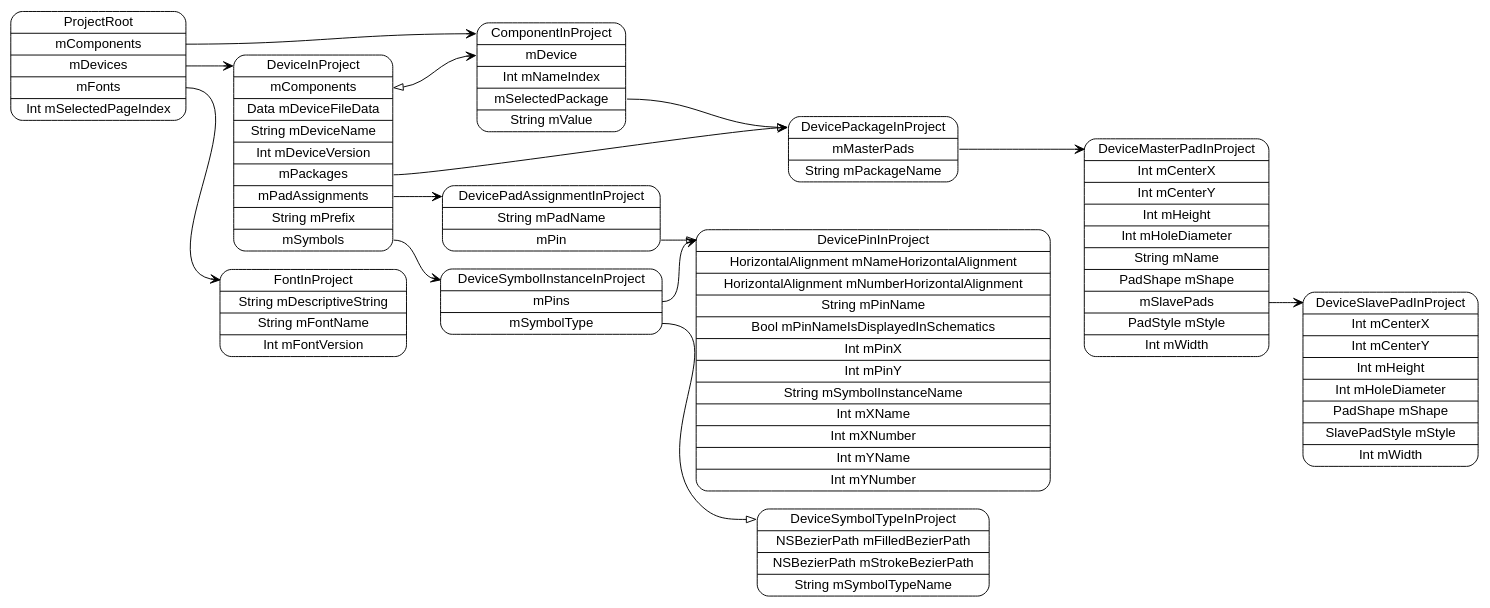
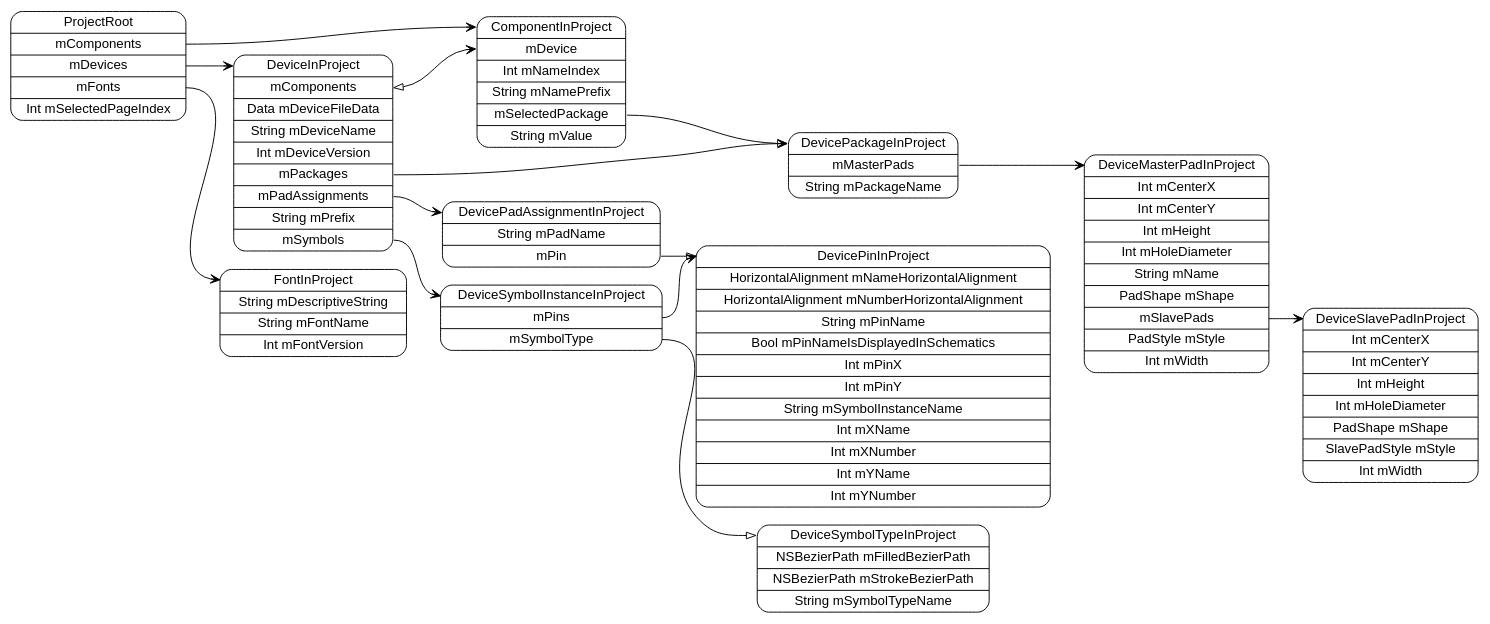
One commit to pierremolinaro/ElCanari-dev changed the diagram in models/ProjectRoot.dot. Above: the diagram before and after it, drawn with Graphviz. The commit also changed 24 other files, not shown here.

Commit message:
Renaming component in project

```diff
--- a/models/ProjectRoot.dot
+++ b/models/ProjectRoot.dot
@@ -1,28 +1,28 @@
 digraph G {
   rankdir=LR ;
   node [shape=record fontname=helvetica style=rounded] ;
   ProjectRoot[label="<ProjectRoot>ProjectRoot|<mComponents>mComponents|<mDevices>mDevices|<mFonts>mFonts|Int mSelectedPageIndex"] ;
   FontInProject[label="<FontInProject>FontInProject|String mDescriptiveString|String mFontName|Int mFontVersion"] ;
   DeviceInProject[label="<DeviceInProject>DeviceInProject|<mComponents>mComponents|Data mDeviceFileData|String mDeviceName|Int mDeviceVersion|<mPackages>mPackages|<mPadAssignments>mPadAssignments|String mPrefix|<mSymbols>mSymbols"] ;
   DeviceSymbolInstanceInProject[label="<DeviceSymbolInstanceInProject>DeviceSymbolInstanceInProject|<mPins>mPins|<mSymbolType>mSymbolType"] ;
   DeviceSymbolTypeInProject[label="<DeviceSymbolTypeInProject>DeviceSymbolTypeInProject|NSBezierPath mFilledBezierPath|NSBezierPath mStrokeBezierPath|String mSymbolTypeName"] ;
   DevicePinInProject[label="<DevicePinInProject>DevicePinInProject|HorizontalAlignment mNameHorizontalAlignment|HorizontalAlignment mNumberHorizontalAlignment|String mPinName|Bool mPinNameIsDisplayedInSchematics|Int mPinX|Int mPinY|String mSymbolInstanceName|Int mXName|Int mXNumber|Int mYName|Int mYNumber"] ;
   DevicePadAssignmentInProject[label="<DevicePadAssignmentInProject>DevicePadAssignmentInProject|String mPadName|<mPin>mPin"] ;
   DevicePackageInProject[label="<DevicePackageInProject>DevicePackageInProject|<mMasterPads>mMasterPads|String mPackageName"] ;
   DeviceMasterPadInProject[label="<DeviceMasterPadInProject>DeviceMasterPadInProject|Int mCenterX|Int mCenterY|Int mHeight|Int mHoleDiameter|String mName|PadShape mShape|<mSlavePads>mSlavePads|PadStyle mStyle|Int mWidth"] ;
   DeviceSlavePadInProject[label="<DeviceSlavePadInProject>DeviceSlavePadInProject|Int mCenterX|Int mCenterY|Int mHeight|Int mHoleDiameter|PadShape mShape|SlavePadStyle mStyle|Int mWidth"] ;
-  ComponentInProject[label="<ComponentInProject>ComponentInProject|<mDevice>mDevice|Int mNameIndex|<mSelectedPackage>mSelectedPackage|String mValue"] ;
+  ComponentInProject[label="<ComponentInProject>ComponentInProject|<mDevice>mDevice|Int mNameIndex|String mNamePrefix|<mSelectedPackage>mSelectedPackage|String mValue"] ;
   ProjectRoot:mComponents -> ComponentInProject:ComponentInProject [dir=both arrowtail=none arrowhead=vee] ;
   ProjectRoot:mDevices -> DeviceInProject:DeviceInProject [dir=both arrowtail=none arrowhead=vee] ;
   ProjectRoot:mFonts -> FontInProject:FontInProject [dir=both arrowtail=none arrowhead=vee] ;
   DeviceInProject:mComponents -> ComponentInProject:mDevice [dir=both arrowtail=onormal arrowhead=vee] ;
   DeviceInProject:mPackages -> DevicePackageInProject:DevicePackageInProject [dir=both arrowtail=none arrowhead=vee] ;
   DeviceInProject:mPadAssignments -> DevicePadAssignmentInProject:DevicePadAssignmentInProject [dir=both arrowtail=none arrowhead=vee] ;
   DeviceInProject:mSymbols -> DeviceSymbolInstanceInProject:DeviceSymbolInstanceInProject [dir=both arrowtail=none arrowhead=vee] ;
   DeviceSymbolInstanceInProject:mPins -> DevicePinInProject:DevicePinInProject [dir=both arrowtail=none arrowhead=vee] ;
   DeviceSymbolInstanceInProject:mSymbolType -> DeviceSymbolTypeInProject:DeviceSymbolTypeInProject [dir=both arrowtail=none arrowhead=onormal] ;
   DevicePadAssignmentInProject:mPin -> DevicePinInProject:DevicePinInProject [dir=both arrowtail=none arrowhead=onormal] ;
   DevicePackageInProject:mMasterPads -> DeviceMasterPadInProject:DeviceMasterPadInProject [dir=both arrowtail=none arrowhead=vee] ;
   DeviceMasterPadInProject:mSlavePads -> DeviceSlavePadInProject:DeviceSlavePadInProject [dir=both arrowtail=none arrowhead=vee] ;
   ComponentInProject:mSelectedPackage -> DevicePackageInProject:DevicePackageInProject [dir=both arrowtail=none arrowhead=onormal] ;
 }
```
